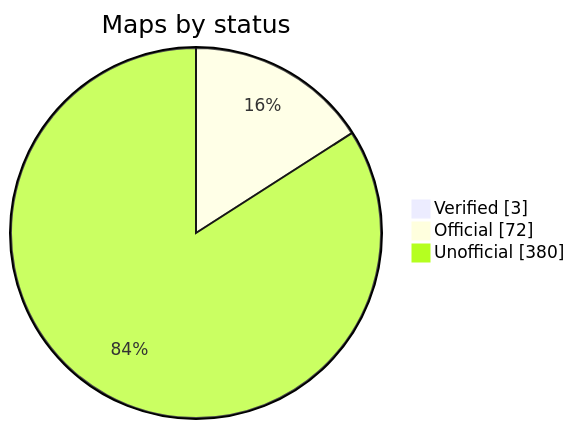
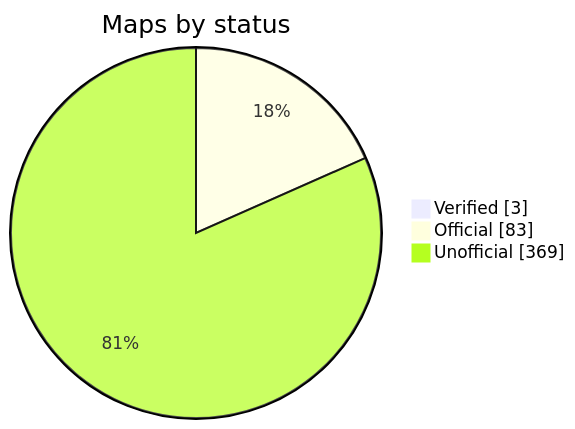
One commit to nobrega8/mbmap-library changed the diagram in README.md. Above: the diagram before and after it, drawn with Mermaid. The commit also changed 1 other file, not shown here.

Commit message:
Update the index

````diff
--- a/README.md
+++ b/README.md
@@ -48,7 +48,7 @@
 ```mermaid
 pie showData
     title Maps by status
     "Verified" : 3
-    "Official" : 72
-    "Unofficial" : 380
+    "Official" : 83
+    "Unofficial" : 369
 ```
````
